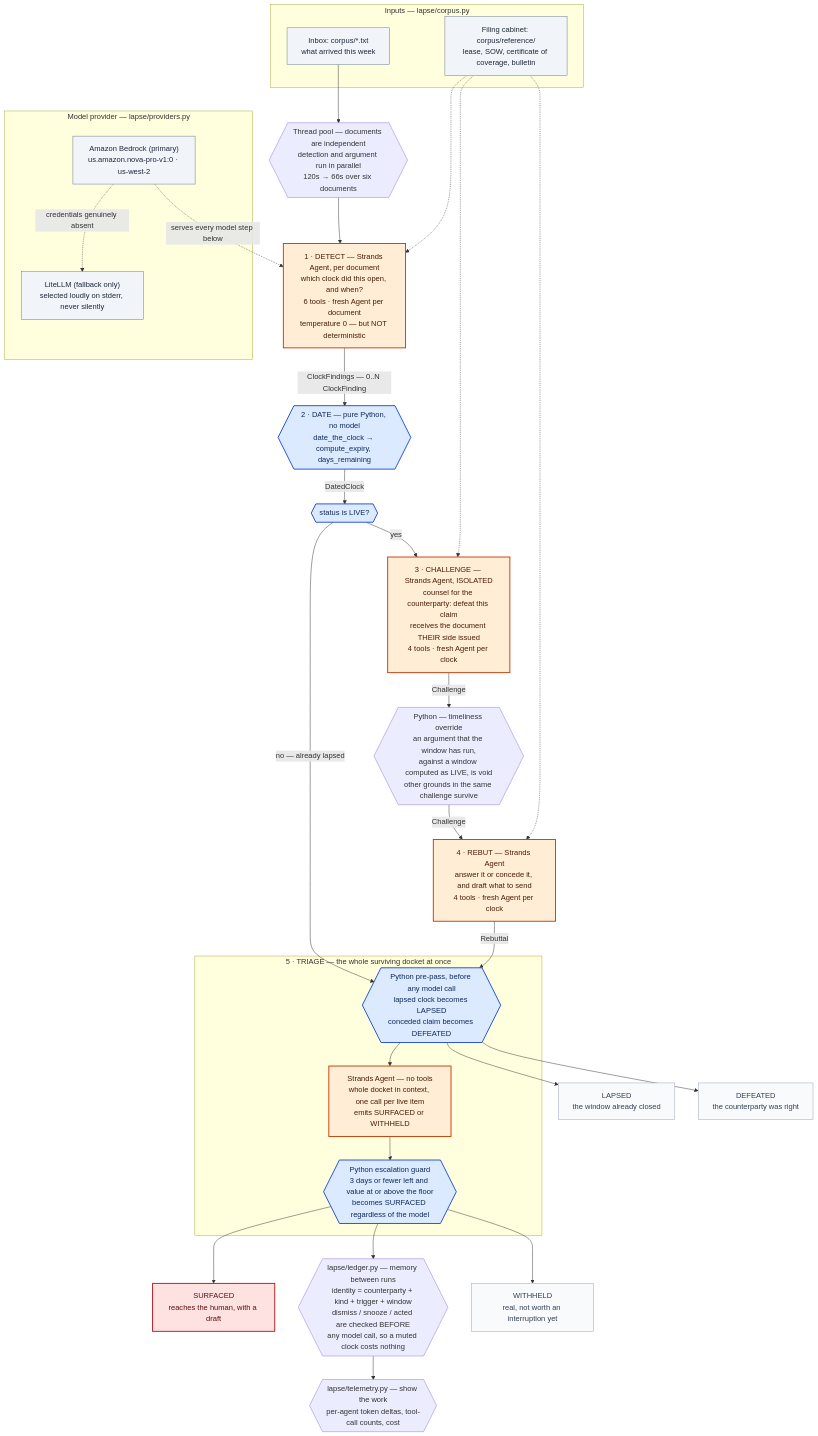
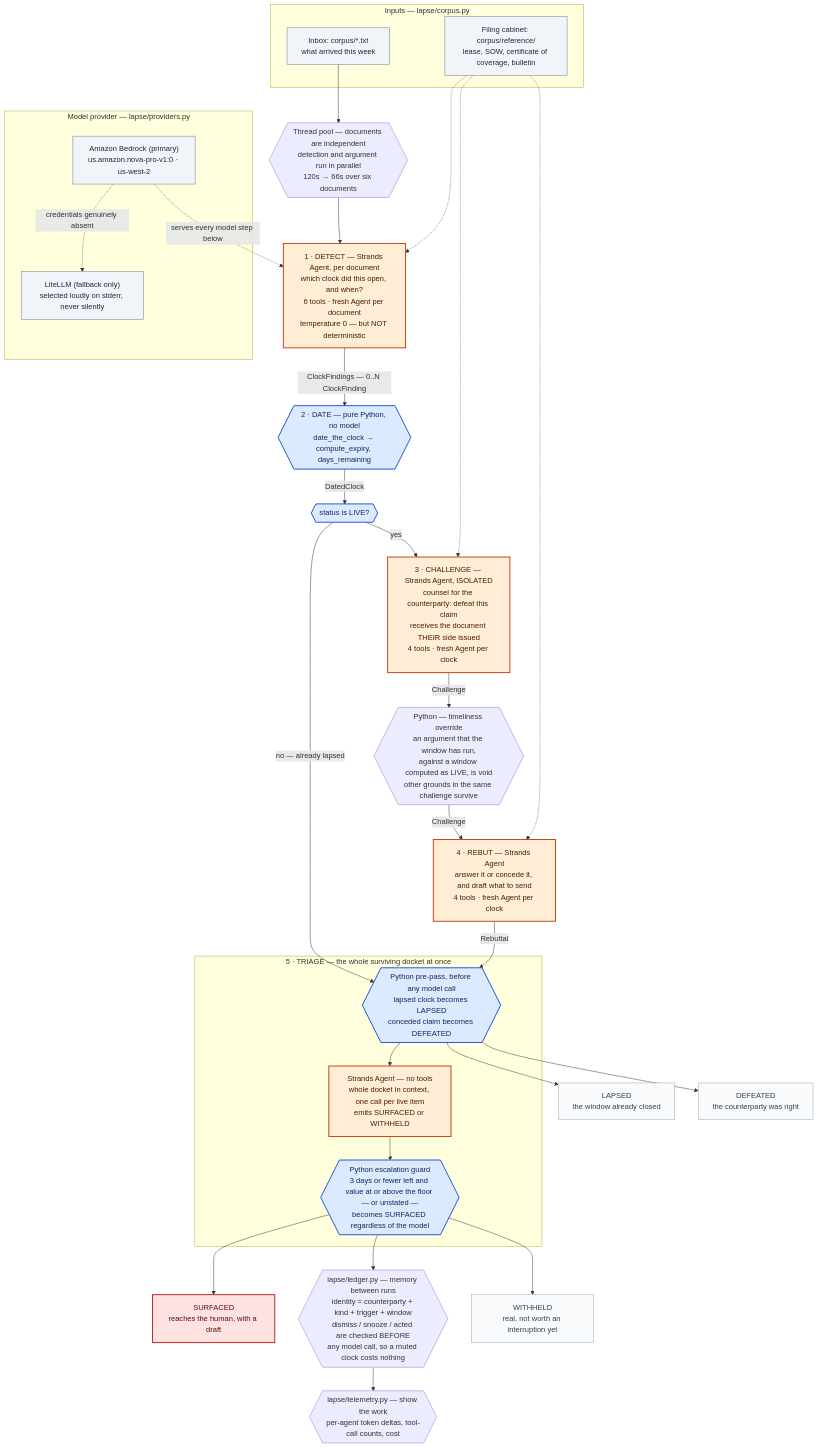
The diagram in docs/ARCHITECTURE.md (aswin-giridhar/lapse), drawn with Mermaid before and after one commit. The commit also changed other lines of this file and 3 other files, not shown here.

````diff
--- a/docs/ARCHITECTURE.md
+++ b/docs/ARCHITECTURE.md
@@ -15,74 +15,74 @@
 ```mermaid
 flowchart TD
     classDef model fill:#ffedd5,stroke:#c2410c,stroke-width:2px,color:#4a1d05
     classDef py fill:#dbeafe,stroke:#1d4ed8,stroke-width:2px,color:#0f2a5c
     classDef io fill:#f1f5f9,stroke:#64748b,stroke-width:1px,color:#1e293b
     classDef hot fill:#fee2e2,stroke:#b91c1c,stroke-width:2px,color:#5c0f0f
     classDef cold fill:#f8fafc,stroke:#94a3b8,stroke-width:1px,color:#334155
 
     subgraph IN["Inputs — lapse/corpus.py"]
         INBOX["Inbox: corpus/*.txt<br/>what arrived this week"]
         REFS["Filing cabinet: corpus/reference/<br/>lease, SOW, certificate of coverage, bulletin"]
     end
 
     subgraph PROV["Model provider — lapse/providers.py"]
         BEDROCK["Amazon Bedrock (primary)<br/>us.amazon.nova-pro-v1:0 · us-west-2"]
         FALL["LiteLLM (fallback only)<br/>selected loudly on stderr, never silently"]
     end
     BEDROCK -. "credentials genuinely absent" .-> FALL
     BEDROCK -. "serves every model step below" .-> DETECT
 
     INBOX --> POOL
     POOL{{"Thread pool — documents are independent<br/>detection and argument run in parallel<br/>120s → 66s over six documents"}}
     POOL --> DETECT
     DETECT["1 · DETECT — Strands Agent, per document<br/>which clock did this open, and when?<br/>6 tools · fresh Agent per document<br/>temperature 0 — but NOT deterministic"]
     DETECT -- "ClockFindings — 0..N ClockFinding" --> DATE
 
     DATE{{"2 · DATE — pure Python, no model<br/>date_the_clock → compute_expiry, days_remaining"}}
     DATE -- "DatedClock" --> GATE
 
     GATE{{"status is LIVE?"}}
     GATE -- "no — already lapsed" --> TPRE
     GATE -- "yes" --> CHAL
 
     CHAL["3 · CHALLENGE — Strands Agent, ISOLATED<br/>counsel for the counterparty: defeat this claim<br/>receives the document THEIR side issued<br/>4 tools · fresh Agent per clock"]
     CHAL -- "Challenge" --> VOID
 
     VOID{{"Python — timeliness override<br/>an argument that the window has run,<br/>against a window computed as LIVE, is void<br/>other grounds in the same challenge survive"}}
     VOID -- "Challenge" --> REBUT
 
     REBUT["4 · REBUT — Strands Agent<br/>answer it or concede it, and draft what to send<br/>4 tools · fresh Agent per clock"]
     REBUT -- "Rebuttal" --> TPRE
 
     subgraph TRIAGE["5 · TRIAGE — the whole surviving docket at once"]
         TPRE{{"Python pre-pass, before any model call<br/>lapsed clock becomes LAPSED<br/>conceded claim becomes DEFEATED"}}
         TMOD["Strands Agent — no tools<br/>whole docket in context, one call per live item<br/>emits SURFACED or WITHHELD"]
-        TGUARD{{"Python escalation guard<br/>3 days or fewer left and value at or above the floor<br/>becomes SURFACED regardless of the model"}}
+        TGUARD{{"Python escalation guard<br/>3 days or fewer left and value at or above the floor — or unstated —<br/>becomes SURFACED regardless of the model"}}
         TPRE --> TMOD --> TGUARD
     end
 
     TGUARD --> OUT1
     TPRE --> OUT4
     TGUARD --> LEDGER
 
     LEDGER{{"lapse/ledger.py — memory between runs<br/>identity = counterparty + kind + trigger + window<br/>dismiss / snooze / acted are checked BEFORE<br/>any model call, so a muted clock costs nothing"}}
     LEDGER --> TELEM
     TELEM{{"lapse/telemetry.py — show the work<br/>per-agent token deltas, tool-call counts, cost"}}
 
     OUT1["SURFACED<br/>reaches the human, with a draft"]
     OUT2["WITHHELD<br/>real, not worth an interruption yet"]
     OUT3["DEFEATED<br/>the counterparty was right"]
     OUT4["LAPSED<br/>the window already closed"]
     TGUARD --> OUT2
     TPRE --> OUT3
 
     REFS -.-> DETECT
     REFS -.-> CHAL
     REFS -.-> REBUT
 
     class DATE,GATE,TPRE,TGUARD py
     class DETECT,CHAL,REBUT,TMOD model
     class INBOX,REFS,BEDROCK,FALL io
     class OUT1 hot
     class OUT2,OUT3,OUT4 cold
 ```
````
